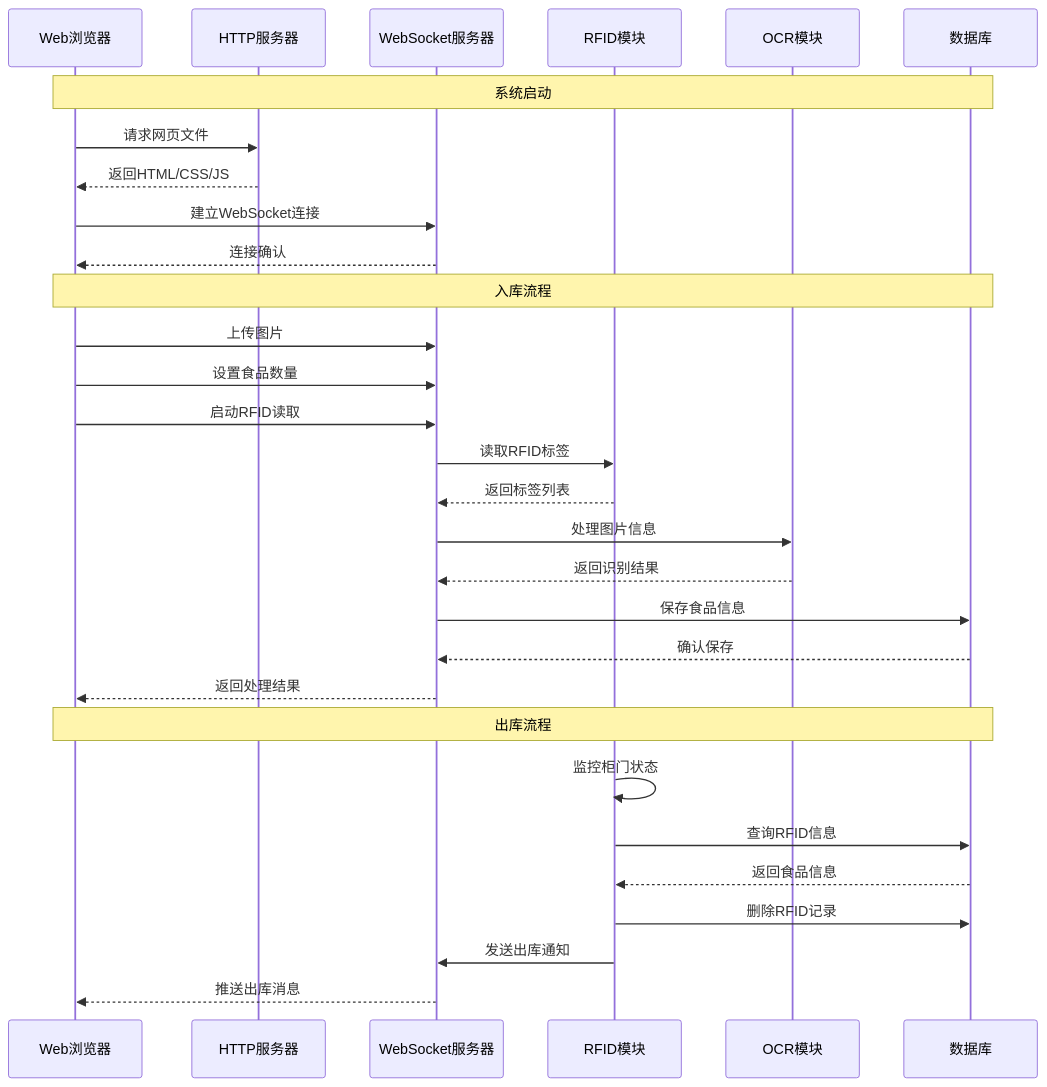
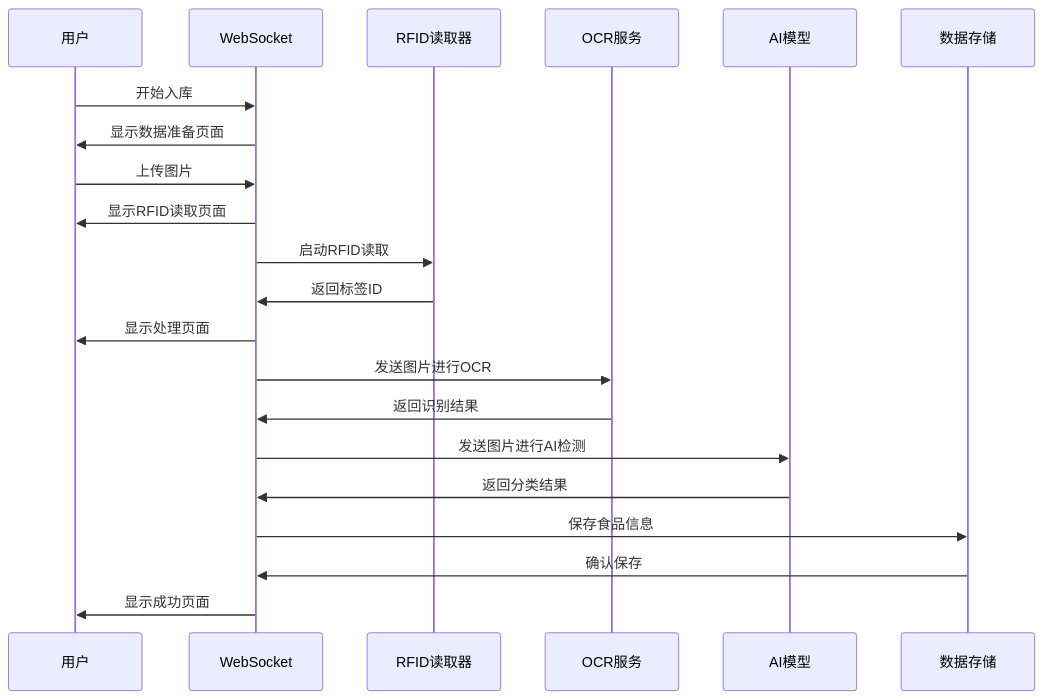
One commit to spacinnnng/smart-food-cabinet changed the second of 3 diagrams in README.md. Above: the diagram before and after it, drawn with Mermaid. The commit also changed other lines of this file, not shown here.

````diff
--- a/README.md
+++ b/README.md
@@ -139,35 +325,24 @@
 ```mermaid
 sequenceDiagram
-    participant B as Web浏览器
-    participant H as HTTP服务器
-    participant W as WebSocket服务器
-    participant R as RFID模块
-    participant O as OCR模块
-    participant D as 数据库
-    
-    Note over B,D: 系统启动
-    B->>H: 请求网页文件
-    H-->>B: 返回HTML/CSS/JS
-    B->>W: 建立WebSocket连接
-    W-->>B: 连接确认
-    
-    Note over B,D: 入库流程
-    B->>W: 上传图片
-    B->>W: 设置食品数量
-    B->>W: 启动RFID读取
-    W->>R: 读取RFID标签
-    R-->>W: 返回标签列表
-    W->>O: 处理图片信息
-    O-->>W: 返回识别结果
+    participant U as 用户
+    participant W as WebSocket
+    participant R as RFID读取器
+    participant O as OCR服务
+    participant A as AI模型
+    participant D as 数据存储
+
+    U->>W: 开始入库
+    W->>U: 显示数据准备页面
+    U->>W: 上传图片
+    W->>U: 显示RFID读取页面
+    W->>R: 启动RFID读取
+    R->>W: 返回标签ID
+    W->>U: 显示处理页面
+    W->>O: 发送图片进行OCR
+    O->>W: 返回识别结果
+    W->>A: 发送图片进行AI检测
+    A->>W: 返回分类结果
     W->>D: 保存食品信息
-    D-->>W: 确认保存
-    W-->>B: 返回处理结果
-    
-    Note over B,D: 出库流程
-    R->>R: 监控柜门状态
-    R->>D: 查询RFID信息
-    D-->>R: 返回食品信息
-    R->>D: 删除RFID记录
-    R->>W: 发送出库通知
-    W-->>B: 推送出库消息
+    D->>W: 确认保存
+    W->>U: 显示成功页面
 ```
````
